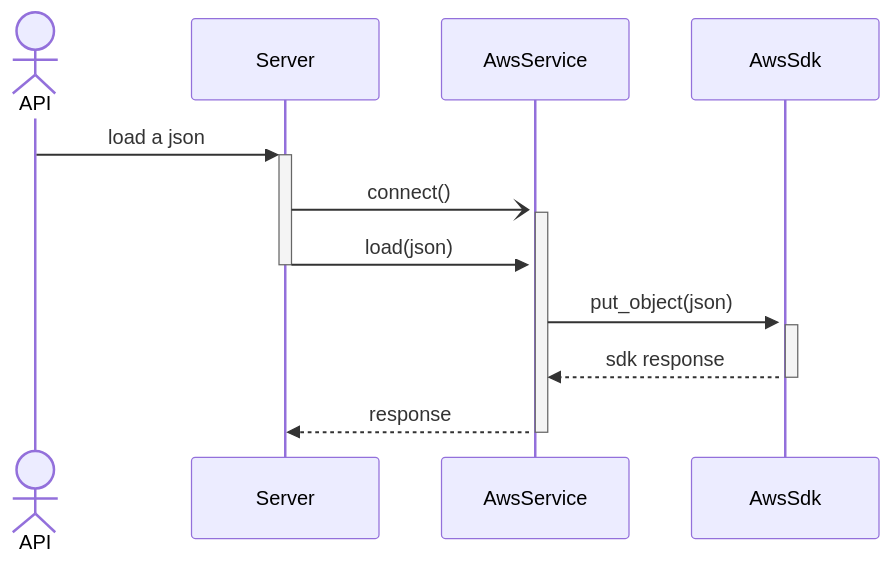
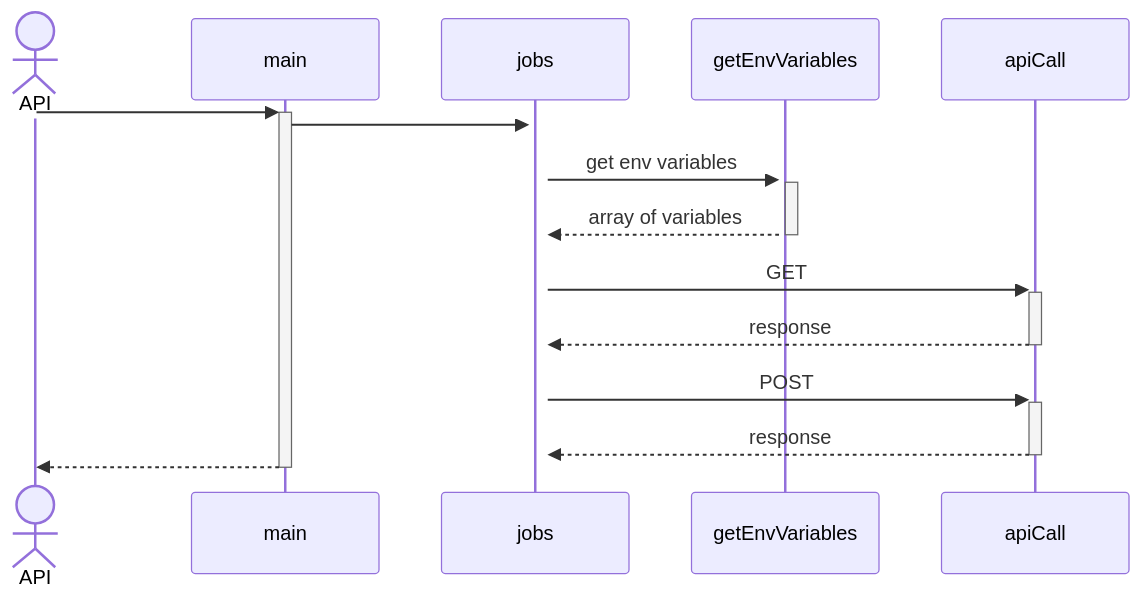
One commit to CPNV-ES-BI1-RIA2-ELT-EXTERNAL-SOURCE/EXTERNAL-SOURCE-LOAD-DATALAKE changed the diagram in loader/docs/sequence_diagram.md. Above: the diagram before and after it, drawn with Mermaid. The commit also changed 5 other files, not shown here.

`````diff
--- a/loader/docs/sequence_diagram.md
+++ b/loader/docs/sequence_diagram.md
@@ -1,12 +1,18 @@
 ````mermaid
 sequenceDiagram
     Actor API
-    API ->>+ Server : load a json
-    Server -)+ AwsService : connect()
-    activate AwsService
-    Server ->>- AwsService : load(json)
-    AwsService ->>+ AwsSdk : put_object(json)
-    activate AwsSdk
-    AwsSdk -->>- AwsService : sdk response
-    AwsService -->>- Server : response
+    API ->>+ main : 
+    main ->>+ jobs : 
+    activate jobs
+    jobs ->>+ getEnvVariables : get env variables
+    activate getEnvVariables
+    getEnvVariables -->>- jobs : array of variables
+    jobs ->>+ apiCall : GET 
+    apiCall -->>- jobs : response 
+    
+    jobs ->>+ apiCall : POST
+    apiCall -->>- jobs : response 
+    
+    main -->>- API : 
+    
 ````
`````
